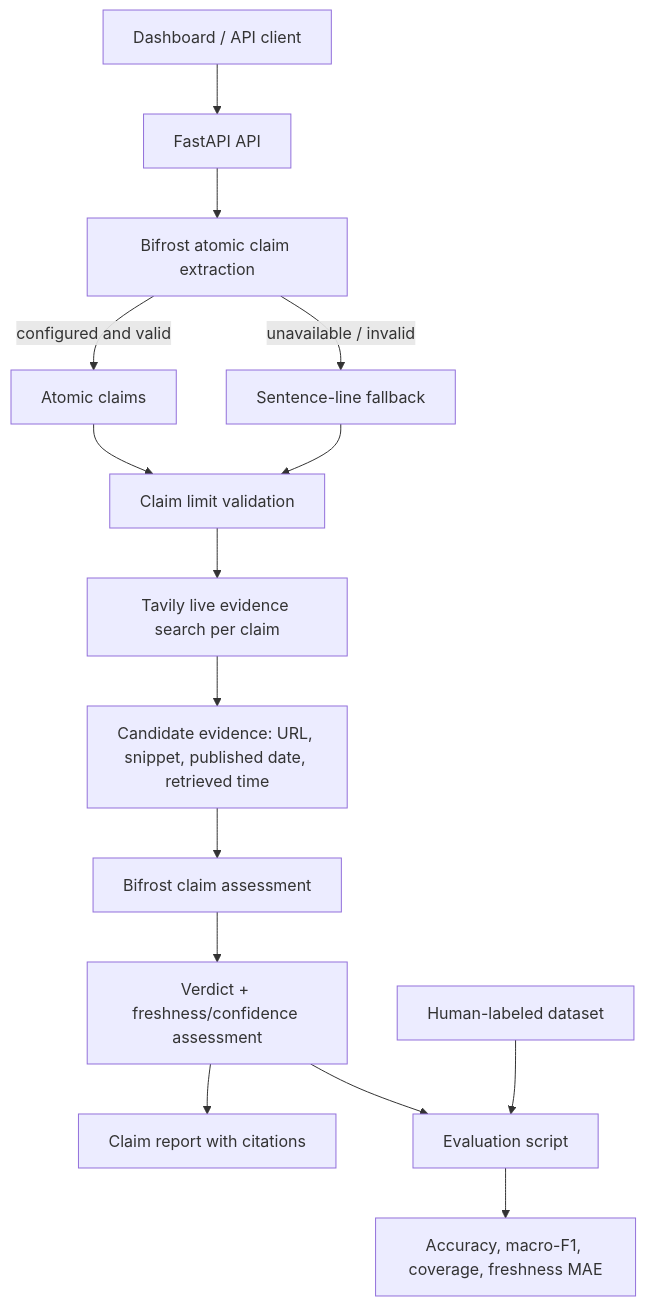
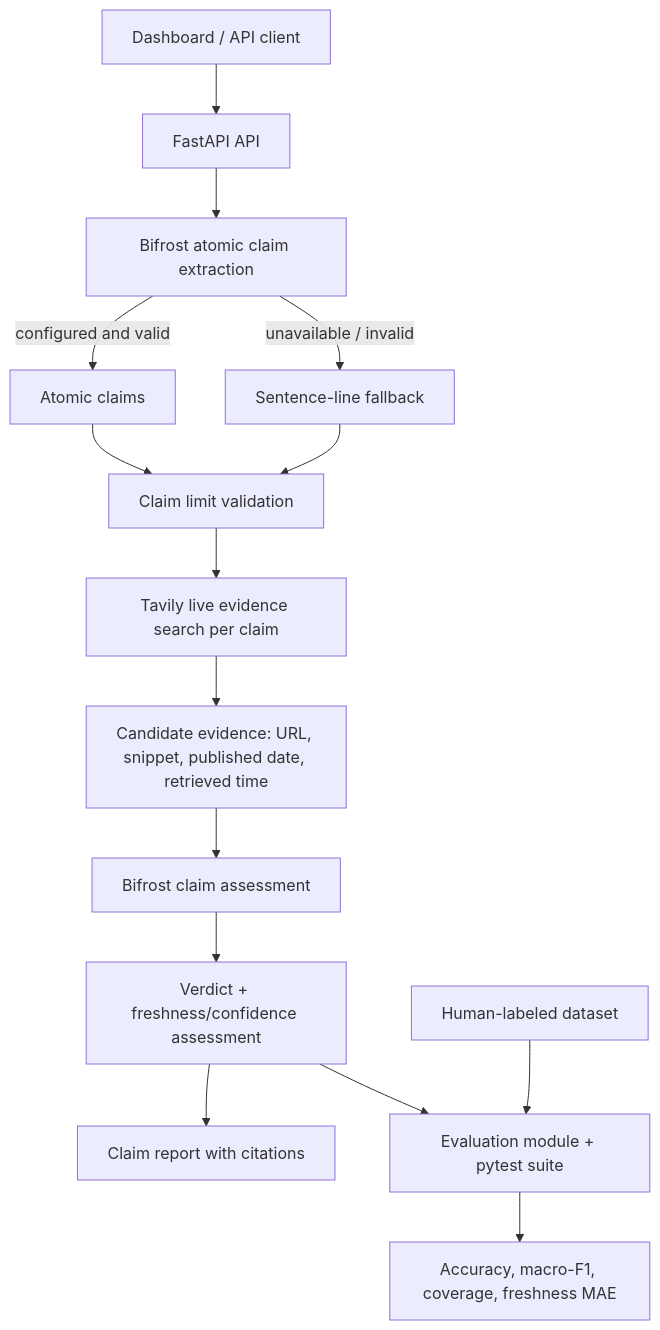
Before and after one commit to PSP-YN/VeriFact-AI: the diagram in docs/architecture.md, drawn with Mermaid. The commit also changed other lines of this file, not shown here.

Commit message:
docs: align architecture with implemented evaluation API

````diff
--- a/docs/architecture.md
+++ b/docs/architecture.md
@@ -3,17 +3,17 @@
 ```mermaid
 flowchart TD
     U[Dashboard / API client] --> API[FastAPI API]
     API --> X[Bifrost atomic claim extraction]
     X -->|configured and valid| C[Atomic claims]
     X -->|unavailable / invalid| F[Sentence-line fallback]
     C --> L[Claim limit validation]
     F --> L
     L --> T[Tavily live evidence search per claim]
     T --> E[Candidate evidence: URL, snippet, published date, retrieved time]
     E --> V[Bifrost claim assessment]
     V --> R[Verdict + freshness/confidence assessment]
     R --> UI[Claim report with citations]
-    D[Human-labeled dataset] --> EV[Evaluation script]
+    D[Human-labeled dataset] --> EV[Evaluation module + pytest suite]
     R --> EV
     EV --> M[Accuracy, macro-F1, coverage, freshness MAE]
 ```
````
